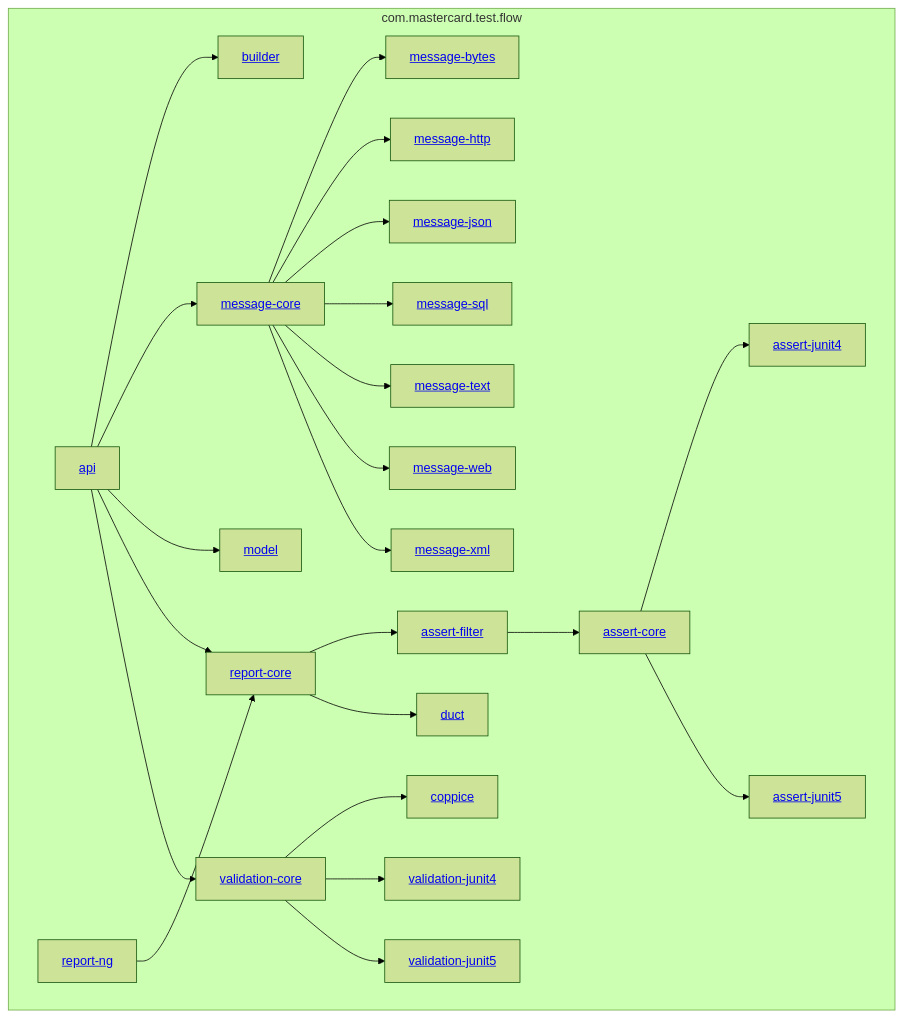
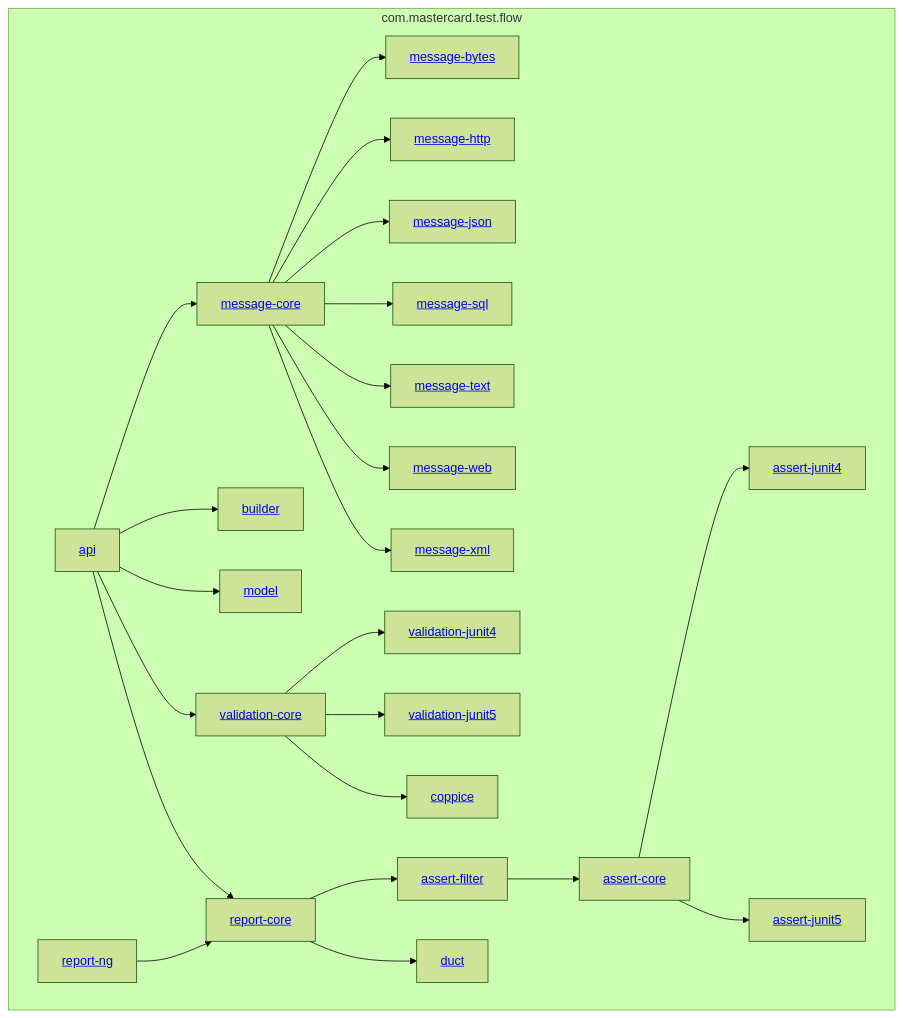
One commit to Mastercard/flow changed the diagram in README.md. Above: the diagram before and after it, drawn with Mermaid (forest theme). The commit also changed other lines of this file, not shown here.

````diff
--- a/README.md
+++ b/README.md
@@ -50,48 +50,48 @@
 ```mermaid
 graph TB
   subgraph com.mastercard.test.flow
     api[<a href='https://github.com/Mastercard/flow/tree/main/api'>api</a>]
     assert-core[<a href='https://github.com/Mastercard/flow/tree/main/assert/assert-core'>assert-core</a>]
     assert-filter[<a href='https://github.com/Mastercard/flow/tree/main/assert/assert-filter'>assert-filter</a>]
     assert-junit4[<a href='https://github.com/Mastercard/flow/tree/main/assert/assert-junit4'>assert-junit4</a>]
     assert-junit5[<a href='https://github.com/Mastercard/flow/tree/main/assert/assert-junit5'>assert-junit5</a>]
     builder[<a href='https://github.com/Mastercard/flow/tree/main/builder'>builder</a>]
     coppice[<a href='https://github.com/Mastercard/flow/tree/main/validation/coppice'>coppice</a>]
     duct[<a href='https://github.com/Mastercard/flow/tree/main/report/duct'>duct</a>]
     message-bytes[<a href='https://github.com/Mastercard/flow/tree/main/message/message-bytes'>message-bytes</a>]
     message-core[<a href='https://github.com/Mastercard/flow/tree/main/message/message-core'>message-core</a>]
     message-http[<a href='https://github.com/Mastercard/flow/tree/main/message/message-http'>message-http</a>]
     message-json[<a href='https://github.com/Mastercard/flow/tree/main/message/message-json'>message-json</a>]
     message-sql[<a href='https://github.com/Mastercard/flow/tree/main/message/message-sql'>message-sql</a>]
     message-text[<a href='https://github.com/Mastercard/flow/tree/main/message/message-text'>message-text</a>]
     message-web[<a href='https://github.com/Mastercard/flow/tree/main/message/message-web'>message-web</a>]
     message-xml[<a href='https://github.com/Mastercard/flow/tree/main/message/message-xml'>message-xml</a>]
     model[<a href='https://github.com/Mastercard/flow/tree/main/model'>model</a>]
     report-core[<a href='https://github.com/Mastercard/flow/tree/main/report/report-core'>report-core</a>]
     report-ng[<a href='https://github.com/Mastercard/flow/tree/main/report/report-ng'>report-ng</a>]
     validation-core[<a href='https://github.com/Mastercard/flow/tree/main/validation/validation-core'>validation-core</a>]
     validation-junit4[<a href='https://github.com/Mastercard/flow/tree/main/validation/validation-junit4'>validation-junit4</a>]
     validation-junit5[<a href='https://github.com/Mastercard/flow/tree/main/validation/validation-junit5'>validation-junit5</a>]
   end
+  api --> message-core
   api --> builder
-  api --> message-core
   api --> model
+  api --> validation-core
   api --> report-core
-  api --> validation-core
   assert-core --> assert-junit4
   assert-core --> assert-junit5
   assert-filter --> assert-core
   message-core --> message-bytes
   message-core --> message-http
   message-core --> message-json
   message-core --> message-sql
   message-core --> message-text
   message-core --> message-web
   message-core --> message-xml
   report-core --> assert-filter
   report-core --> duct
   report-ng --> report-core
-  validation-core --> coppice
   validation-core --> validation-junit4
   validation-core --> validation-junit5
+  validation-core --> coppice
 ```
````
